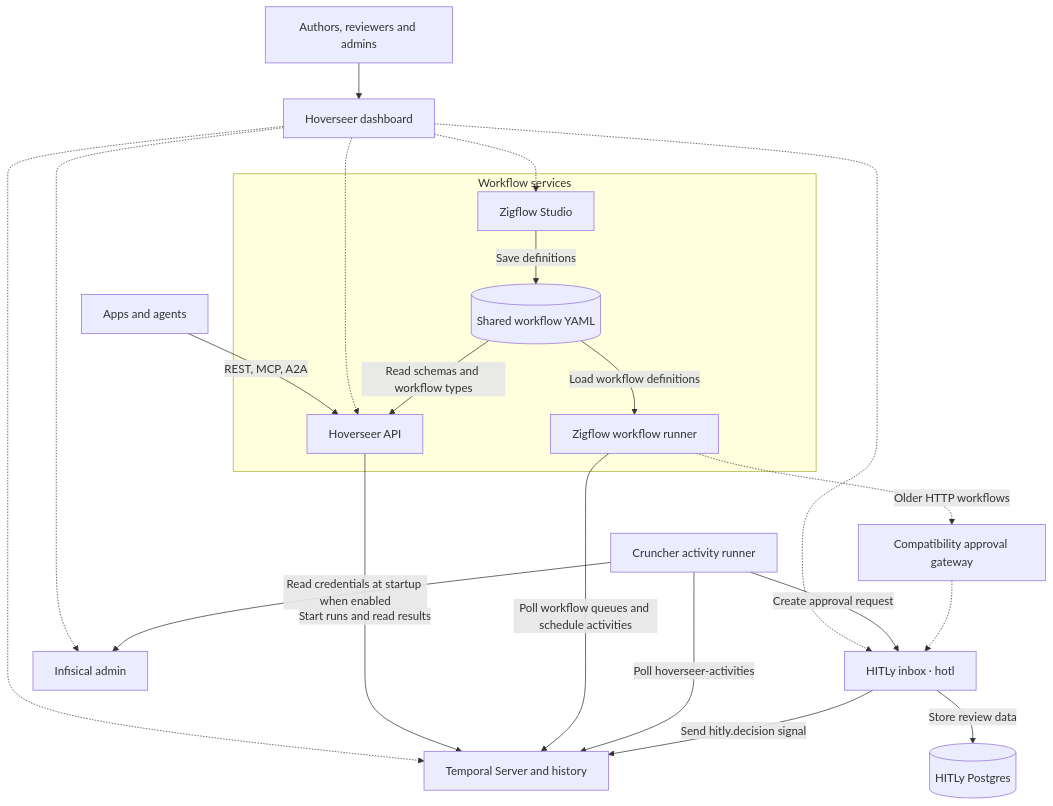
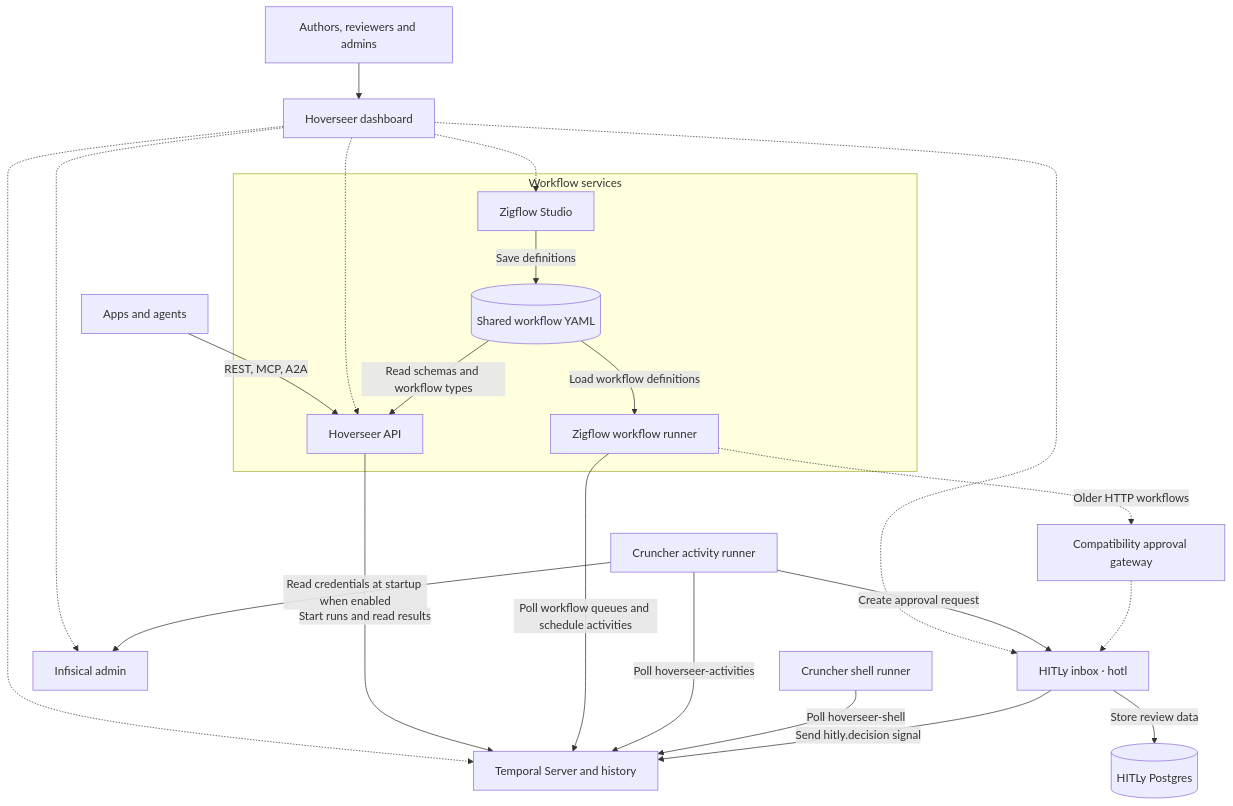
Before and after one commit to tbrandenburg/hoverseer: the diagram in README.md, drawn with Mermaid. The commit also changed other lines of this file and 9 other files, not shown here.

Commit message:
Run multiline shell steps on a dedicated Cruncher worker

````diff
--- a/README.md
+++ b/README.md
@@ -23,30 +24,31 @@
 ```mermaid
 flowchart TD
     Callers["Apps and agents"] -->|"REST, MCP, A2A"| API
     People["Authors, reviewers and admins"] --> Dashboard["Hoverseer dashboard"]
     Dashboard -.-> Studio
     Dashboard -.-> HOTL
     Dashboard -.-> API
     Dashboard -.-> Temporal
     Dashboard -.-> Infisical["Infisical admin"]
     Cruncher -->|"Read credentials at startup when enabled"| Infisical
 
     subgraph Workflows["Workflow services"]
         Studio["Zigflow Studio"]
         YAML[("Shared workflow YAML")]
         API["Hoverseer API"]
         Zigflow["Zigflow workflow runner"]
         Studio -->|"Save definitions"| YAML
         YAML -->|"Read schemas and workflow types"| API
         YAML -->|"Load workflow definitions"| Zigflow
     end
 
     API -->|"Start runs and read results"| Temporal["Temporal Server and history"]
     Zigflow -->|"Poll workflow queues and schedule activities"| Temporal
     Cruncher["Cruncher activity runner"] -->|"Poll hoverseer-activities"| Temporal
+    Shell["Cruncher shell runner"] -->|"Poll hoverseer-shell"| Temporal
     Cruncher -->|"Create approval request"| HOTL["HITLy inbox · hotl"]
     HOTL -->|"Send hitly.decision signal"| Temporal
     HOTL -->|"Store review data"| Postgres[("HITLy Postgres")]
     Zigflow -.->|"Older HTTP workflows"| Gateway["Compatibility approval gateway"]
     Gateway -.-> HOTL
 ```
````
